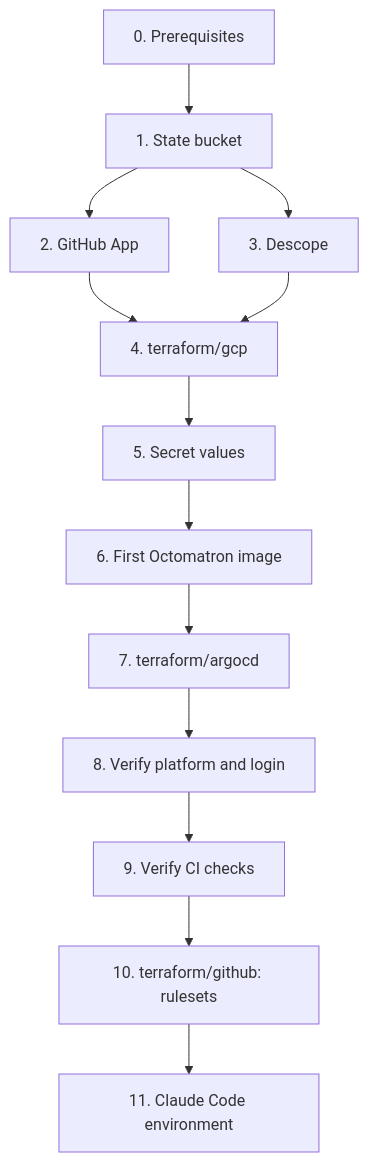
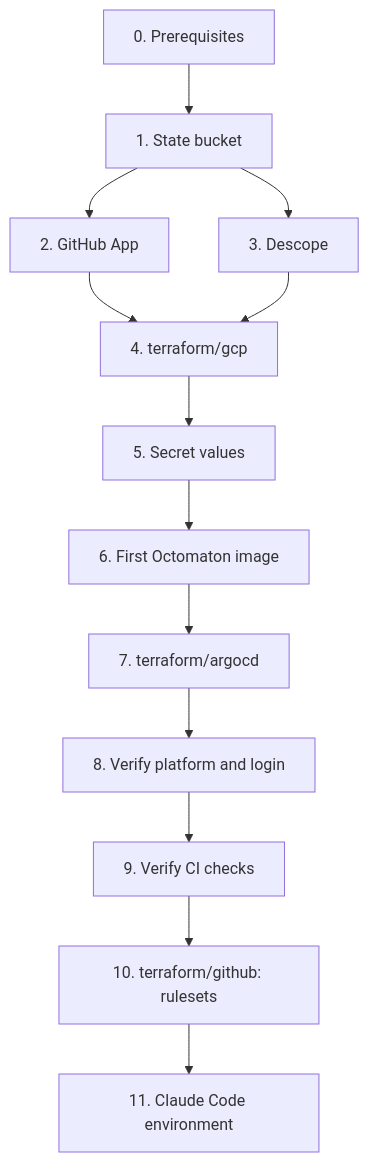
The diagram in hub/runbooks/bootstrap.md (arikkfir-org/docs), drawn with Mermaid before and after one commit. The commit also changed other lines of this file and 15 other files, not shown here.

First line of the commit message:
docs(hub): rename Octomatron to Octomaton under octomaton.dev

````diff
--- a/hub/runbooks/bootstrap.md
+++ b/hub/runbooks/bootstrap.md
@@ -7,15 +7,15 @@
 ```mermaid
 flowchart TD
   P[0. Prerequisites] --> SB[1. State bucket]
   SB --> APP[2. GitHub App]
   SB --> DS[3. Descope]
   APP --> GCP[4. terraform/gcp]
   DS --> GCP
   GCP --> SEC[5. Secret values]
-  SEC --> IMG[6. First Octomatron image]
+  SEC --> IMG[6. First Octomaton image]
   IMG --> ACD[7. terraform/argocd]
   ACD --> VER[8. Verify platform and login]
   VER --> CI[9. Verify CI checks]
   CI --> GH[10. terraform/github: rulesets]
   GH --> CC[11. Claude Code environment]
 ```
````
